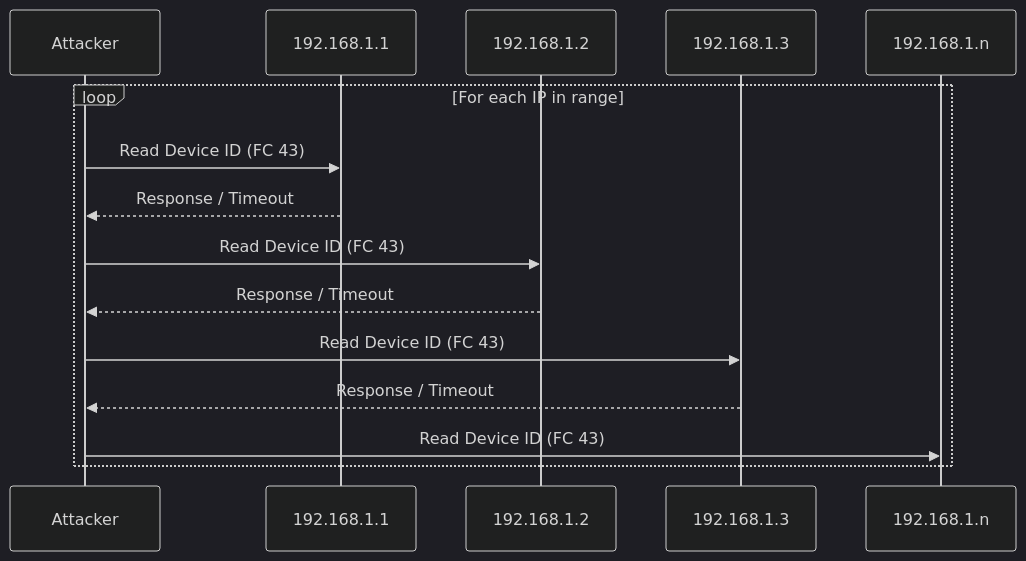
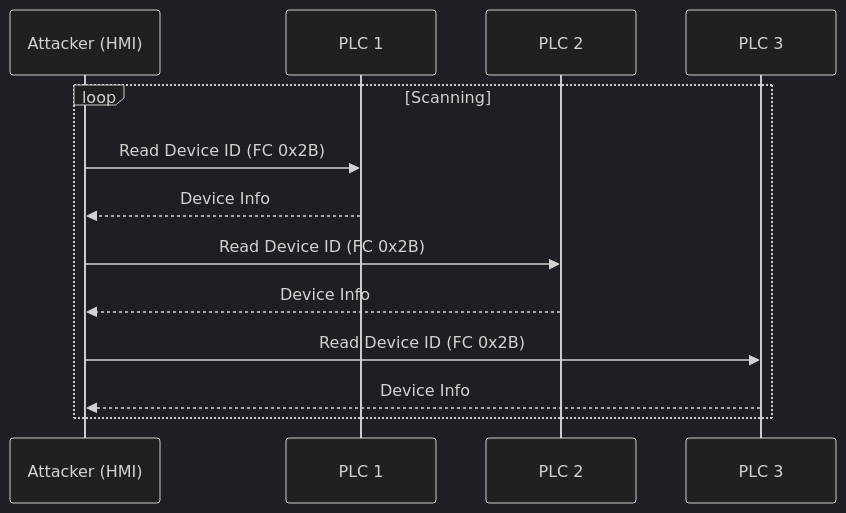
The second of 3 diagrams in packages/docs/docs/simulation/attack-scenarios.md (caverac/ics-anomaly-detection), drawn with Mermaid (dark theme) before and after one commit. The commit also changed other lines of this file and 35 other files, not shown here.

````diff
--- a/packages/docs/docs/simulation/attack-scenarios.md
+++ b/packages/docs/docs/simulation/attack-scenarios.md
@@ -41,18 +34,16 @@
 ```mermaid
 sequenceDiagram
-    participant ATK as Attacker
-    participant PLC1 as 192.168.1.1
-    participant PLC2 as 192.168.1.2
-    participant PLC3 as 192.168.1.3
-    participant PLCn as 192.168.1.n
+    participant ATK as Attacker (HMI)
+    participant PLC1 as PLC 1
+    participant PLC2 as PLC 2
+    participant PLC3 as PLC 3
 
-    loop For each IP in range
-        ATK->>PLC1: Read Device ID (FC 43)
-        PLC1-->>ATK: Response / Timeout
-        ATK->>PLC2: Read Device ID (FC 43)
-        PLC2-->>ATK: Response / Timeout
-        ATK->>PLC3: Read Device ID (FC 43)
-        PLC3-->>ATK: Response / Timeout
-        ATK->>PLCn: Read Device ID (FC 43)
+    loop Scanning
+        ATK->>PLC1: Read Device ID (FC 0x2B)
+        PLC1-->>ATK: Device Info
+        ATK->>PLC2: Read Device ID (FC 0x2B)
+        PLC2-->>ATK: Device Info
+        ATK->>PLC3: Read Device ID (FC 0x2B)
+        PLC3-->>ATK: Device Info
     end
 ```
````
